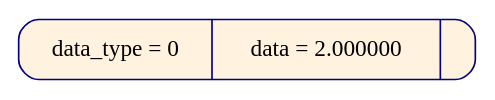
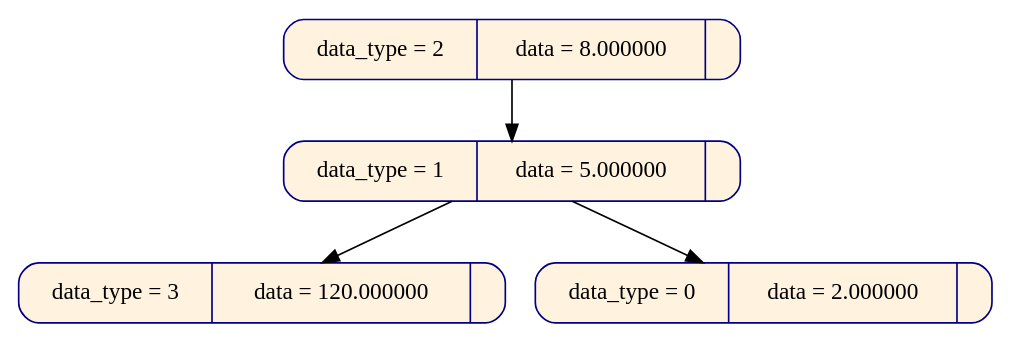
The diagram in diff_tree/gr_dump/diff_tree_9.dot (pupach/diff_tree), drawn with Graphviz before and after one commit. The commit also changed 66 other files, not shown here.

```diff
--- a/diff_tree/gr_dump/diff_tree_9.dot
+++ b/diff_tree/gr_dump/diff_tree_9.dot
@@ -1,5 +1,11 @@
 digraph
 {
 node [shape = Mrecord, color  = "navy", style = "filled"];
-node0x6200000000f0[label = " data_type = 0 | data = 2.000000 | ", fillcolor = "#fff3e0", rank = 0];
+node0x625000002938[label = " data_type = 2 | data = 8.000000 | ", fillcolor = "#fff3e0", rank = 0];
+node0x625000002970[label = " data_type = 1 | data = 5.000000 | ", fillcolor = "#fff3e0", rank = 1];
+node0x6250000029a8[label = " data_type = 3 | data = 120.000000 | ", fillcolor = "#fff3e0", rank = 2];
+node0x6250000029e0[label = " data_type = 0 | data = 2.000000 | ", fillcolor = "#fff3e0", rank = 2];
+node0x625000002938 -> node0x625000002970;
+node0x625000002970 -> node0x6250000029a8;
+node0x625000002970 -> node0x6250000029e0;
 }
```
